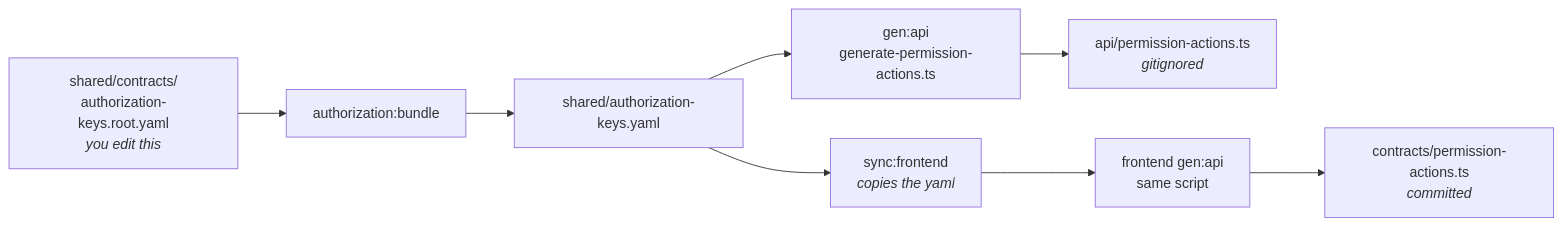
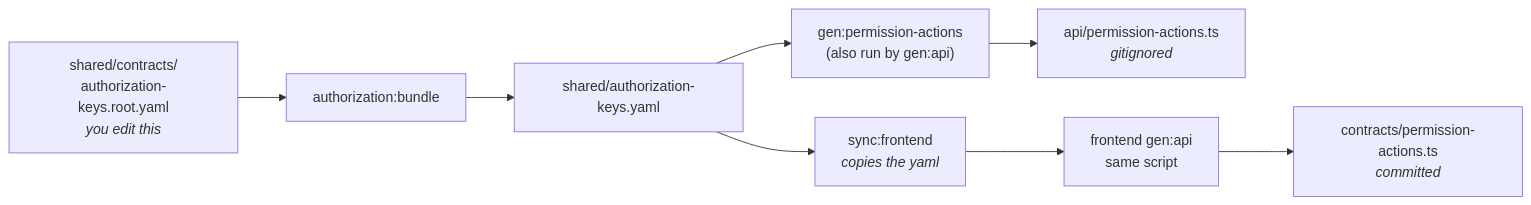
The diagram in docs/tools/permission-actions.md (Guebbit/boilerplate-node-backend), drawn with Mermaid before and after one commit. The commit also changed other lines of this file and 4 other files, not shown here.

Commit message:
fix(regenerate): write the permission actions before the first bundle, so a clean checkout regenerates

````diff
--- a/docs/tools/permission-actions.md
+++ b/docs/tools/permission-actions.md
@@ -8,15 +8,15 @@
 ```mermaid
 %%{init: {'flowchart': {'nodeSpacing': 45, 'rankSpacing': 55}}}%%
 flowchart LR
     ROOT["shared/contracts/<br/>authorization-keys.root.yaml<br/><i>you edit this</i>"]
     BUNDLE["authorization:bundle"]
     KEYS["shared/authorization-keys.yaml"]
-    GEN["gen:api<br/>generate-permission-actions.ts"]
+    GEN["gen:permission-actions<br/>(also run by gen:api)"]
     BE["api/permission-actions.ts<br/><i>gitignored</i>"]
     SYNC["sync:frontend<br/><i>copies the yaml</i>"]
     FEGEN["frontend gen:api<br/>same script"]
     FE["contracts/permission-actions.ts<br/><i>committed</i>"]
 
     ROOT --> BUNDLE --> KEYS --> GEN --> BE
     KEYS --> SYNC --> FEGEN --> FE
 ```
````
